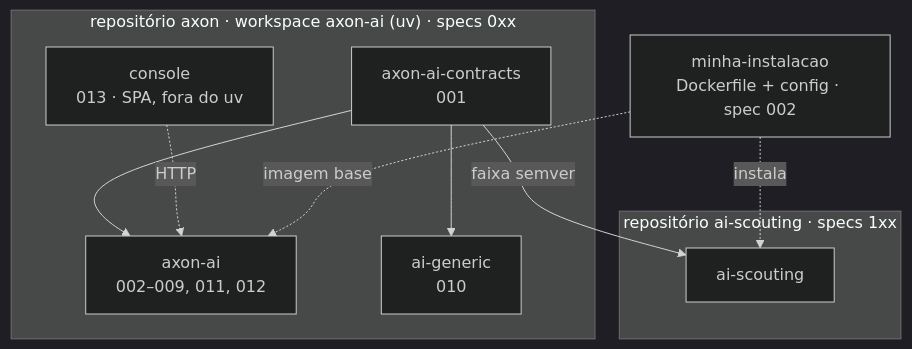
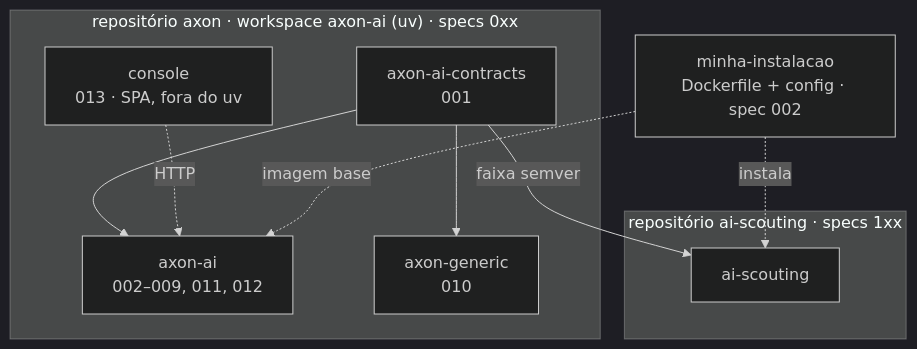
One commit to CaioFerreiraB/axon changed the third of 4 diagrams in specs/README.md. Above: the diagram before and after it, drawn with Mermaid (dark theme). The commit also changed other lines of this file and 44 other files, not shown here.

First line of the commit message:
feat(010): identidade Axon — axon-generic 0.2.0, import axon_generic (ADR-037)

````diff
--- a/specs/README.md
+++ b/specs/README.md
@@ -149,21 +149,21 @@
 ```mermaid
 flowchart TD
     subgraph RCORE["repositório axon · workspace axon-ai (uv) · specs 0xx"]
         C[axon-ai-contracts<br/>001]
         CORE[axon-ai<br/>002–009, 011, 012]
-        GEN[ai-generic<br/>010]
+        GEN[axon-generic<br/>010]
         CON[console<br/>013 · SPA, fora do uv]
         C --> CORE
         C --> GEN
         CON -.HTTP.-> CORE
     end
 
     subgraph RSCT["repositório ai-scouting · specs 1xx"]
         SCT[ai-scouting]
     end
 
     C -->|faixa semver| SCT
 
     DEPLOY[minha-instalacao<br/>Dockerfile + config · spec 002] -.imagem base.-> CORE
     DEPLOY -.instala.-> SCT
 ```
````
